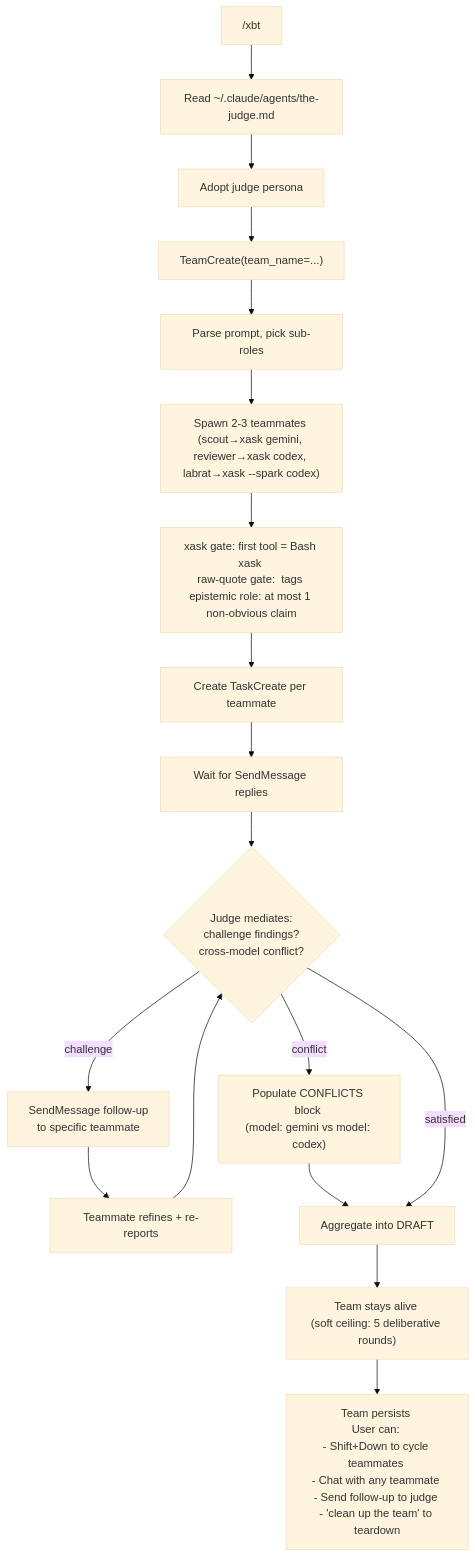
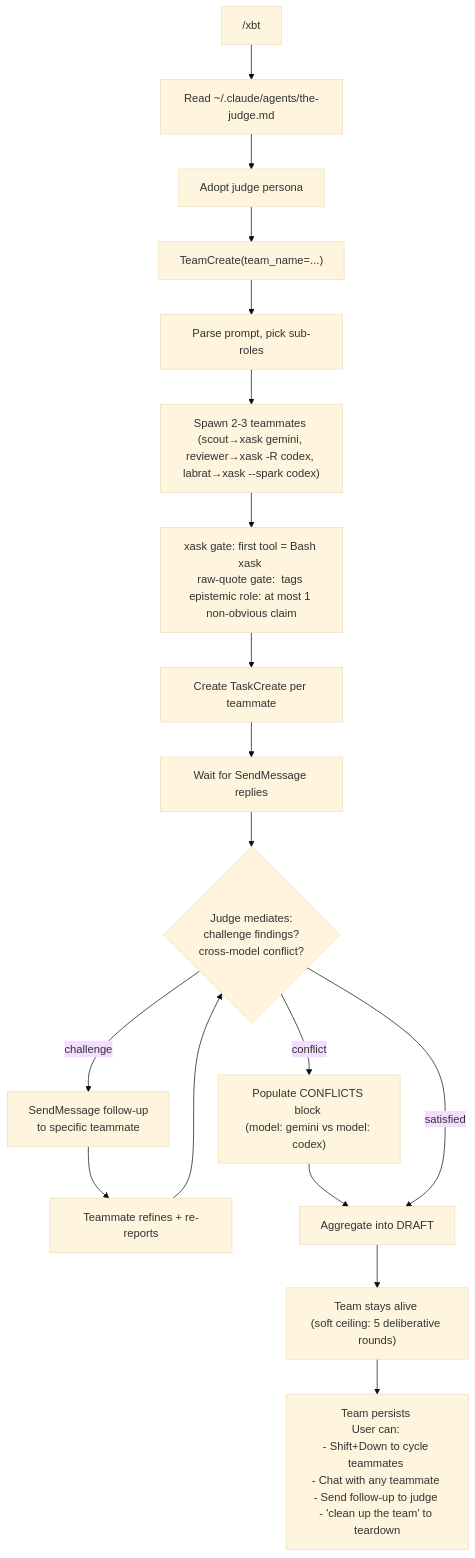
Before and after one commit to VeigaPunk/xbrd-gdsp-fknpft: the eighth of 11 diagrams in docs/command-flows.md, drawn with Mermaid (base theme). The commit also changed other lines of this file and 6 other files, not shown here.

First line of the commit message:
feat(routing+docs): sonnet-medium pivot + godspeed purity + command-flows sync

````diff
--- a/docs/command-flows.md
+++ b/docs/command-flows.md
@@ -202,21 +221,21 @@
 ```mermaid
 flowchart TD
     A["/xbt <prompt>"] --> B["Read ~/.claude/agents/the-judge.md"]
     B --> C[Adopt judge persona]
     C --> D["TeamCreate(team_name=...)"]
     D --> F[Parse prompt, pick sub-roles]
-    F --> G["Spawn 2-3 teammates \n(scout→xask gemini, reviewer→xask codex, labrat→xask --spark codex)"]
+    F --> G["Spawn 2-3 teammates \n(scout→xask gemini, reviewer→xask -R codex, labrat→xask --spark codex)"]
     G --> Gx["xask gate: first tool = Bash xask \nraw-quote gate: <raw_output> tags \nepistemic role: at most 1 non-obvious claim"]
     Gx --> H[Create TaskCreate per teammate]
     H --> I[Wait for SendMessage replies]
     I --> J{"Judge mediates: \nchallenge findings? \ncross-model conflict?"}
     J -->|"challenge"| Jc["SendMessage follow-up \nto specific teammate"]
     Jc --> Jd[Teammate refines + re-reports]
     Jd --> J
     J -->|"conflict"| Jf["Populate CONFLICTS block \n(model: gemini vs model: codex)"]
     Jf --> K
     J -->|"satisfied"| K[Aggregate into DRAFT]
     K --> L["Team stays alive \n(soft ceiling: 5 deliberative rounds)"]
 
     L --> U["Team persists \nUser can: \n- Shift+Down to cycle teammates \n- Chat with any teammate \n- Send follow-up to judge \n- 'clean up the team' to teardown"]
 ```
````
